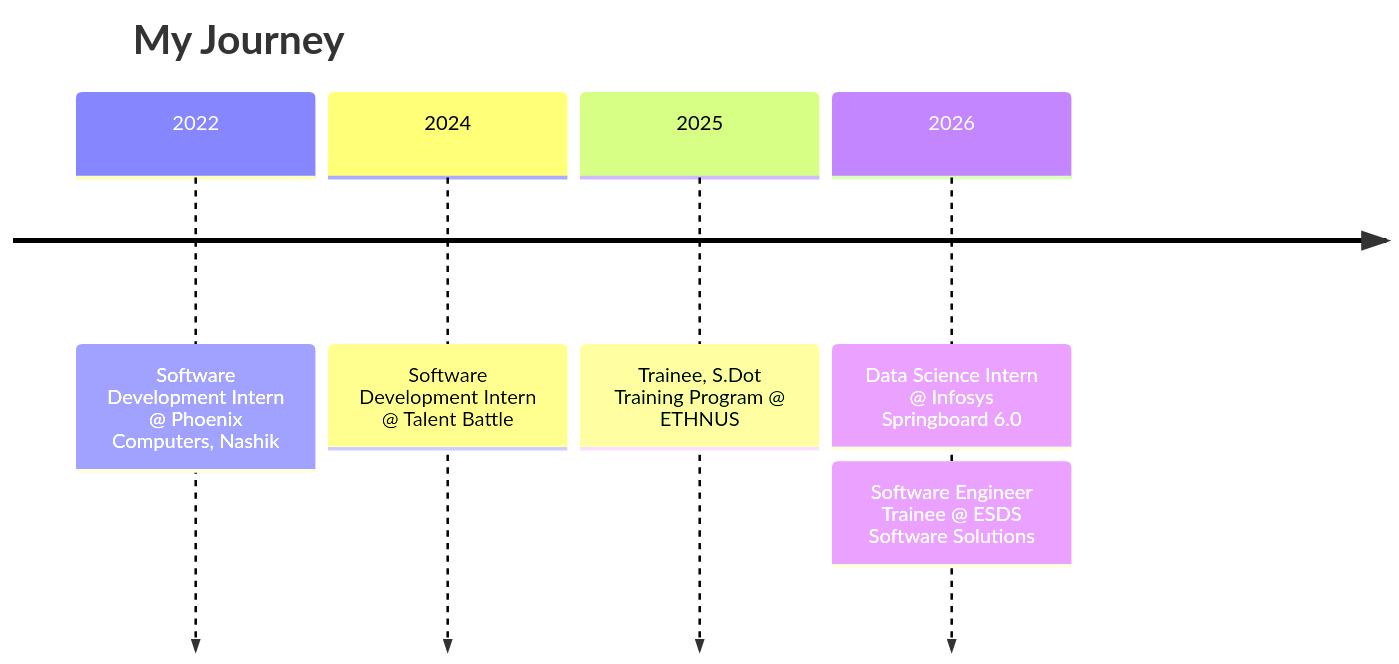
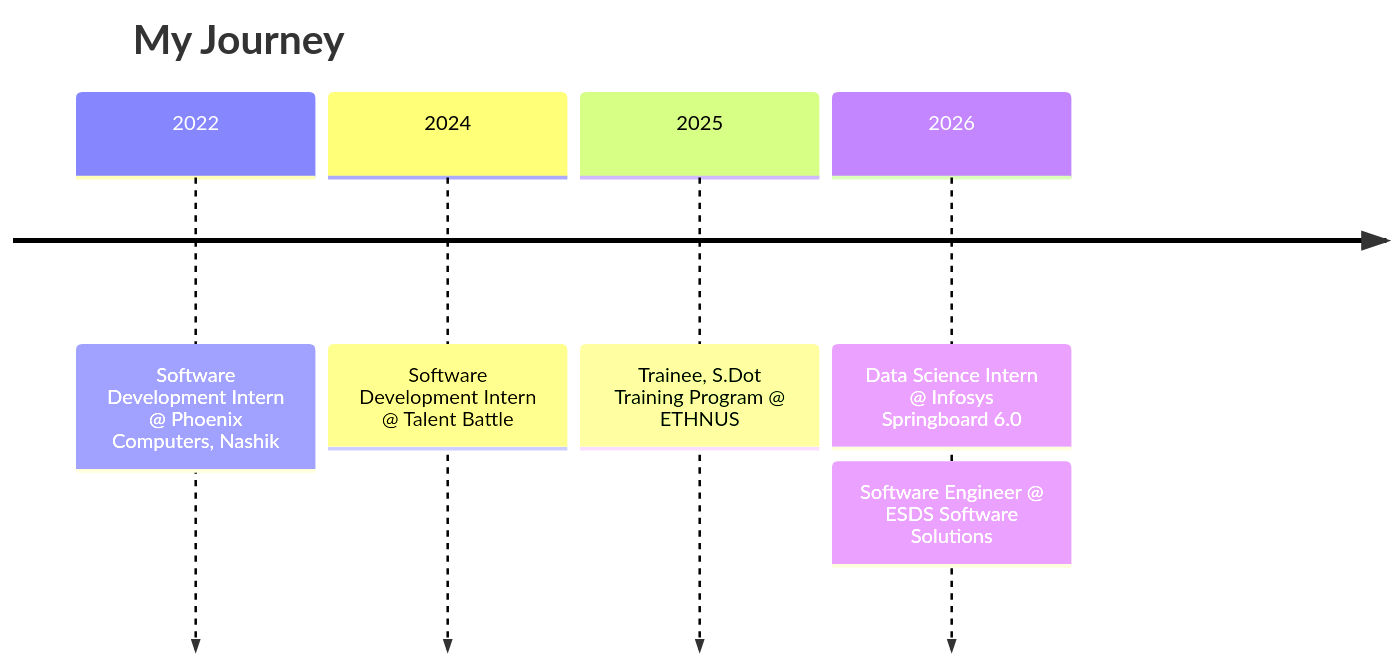
One commit to Vaishnavi-1525/Vaishnavi-1525 changed the sixth of 6 diagrams in README.md. Above: the diagram before and after it, drawn with Mermaid. The commit also changed other lines of this file, not shown here.

````diff
--- a/README.md
+++ b/README.md
@@ -228,9 +228,9 @@
 ```mermaid
 timeline
     title My Journey
     2022 : Software Development Intern @ Phoenix Computers, Nashik
     2024 : Software Development Intern @ Talent Battle
     2025 : Trainee, S.Dot Training Program @ ETHNUS
     2026 : Data Science Intern @ Infosys Springboard 6.0
-         : Software Engineer Trainee @ ESDS Software Solutions
+         : Software Engineer @ ESDS Software Solutions
 ```
````
